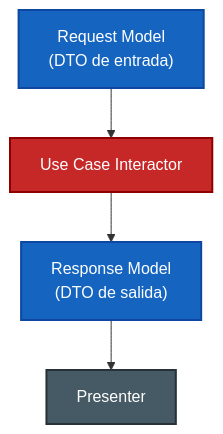
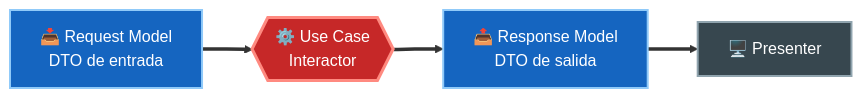
Before and after one commit to JavierMachucaA/clean-architecture-guia: the fourth of 5 diagrams in 08-la-arquitectura-limpia/04-datos-que-cruzan-fronteras.md, drawn with Mermaid. The commit also changed other lines of this file and 45 other files, not shown here.

````diff
--- a/08-la-arquitectura-limpia/04-datos-que-cruzan-fronteras.md
+++ b/08-la-arquitectura-limpia/04-datos-que-cruzan-fronteras.md
@@ -43,11 +67,11 @@
 ```mermaid
-flowchart TB
-    RM["Request Model<br/>(DTO de entrada)"] --> UC["Use Case Interactor"]
-    UC --> RSM["Response Model<br/>(DTO de salida)"]
-    RSM --> PR["Presenter"]
+flowchart LR
+    RM["📥 Request Model<br/>DTO de entrada"] ==> UC{{"⚙️ Use Case<br/>Interactor"}}
+    UC ==> RSM["📤 Response Model<br/>DTO de salida"]
+    RSM ==> PR["🖥️ Presenter"]
 
-    style RM fill:#1565c0,stroke:#0d47a1,stroke-width:2px,color:#fff
-    style RSM fill:#1565c0,stroke:#0d47a1,stroke-width:2px,color:#fff
-    style UC fill:#c62828,stroke:#8e0000,stroke-width:2px,color:#fff
-    style PR fill:#455a64,stroke:#263238,stroke-width:2px,color:#fff
+    style RM fill:#1565c0,stroke:#90caf9,stroke-width:2px,color:#fff
+    style RSM fill:#1565c0,stroke:#90caf9,stroke-width:2px,color:#fff
+    style UC fill:#c62828,stroke:#ff8a80,stroke-width:3px,color:#fff
+    style PR fill:#37474f,stroke:#90a4ae,stroke-width:2px,color:#fff
 ```
````
